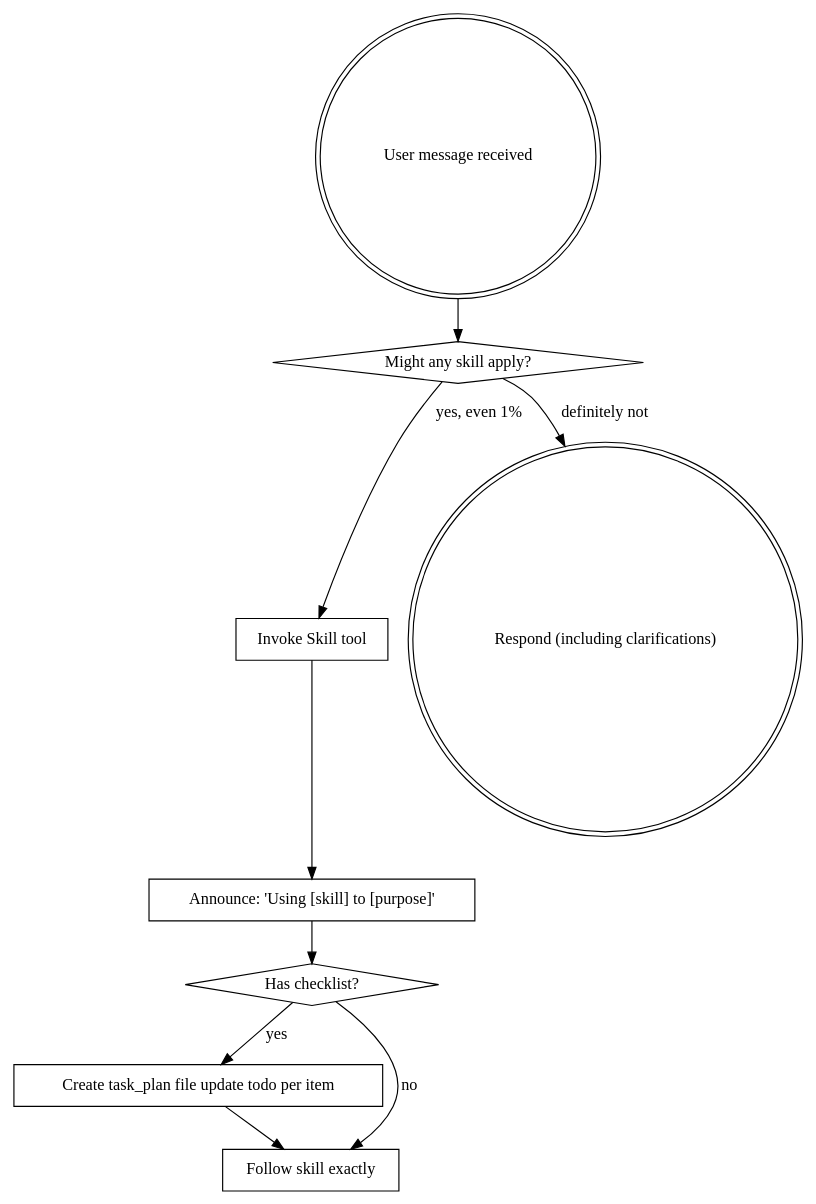
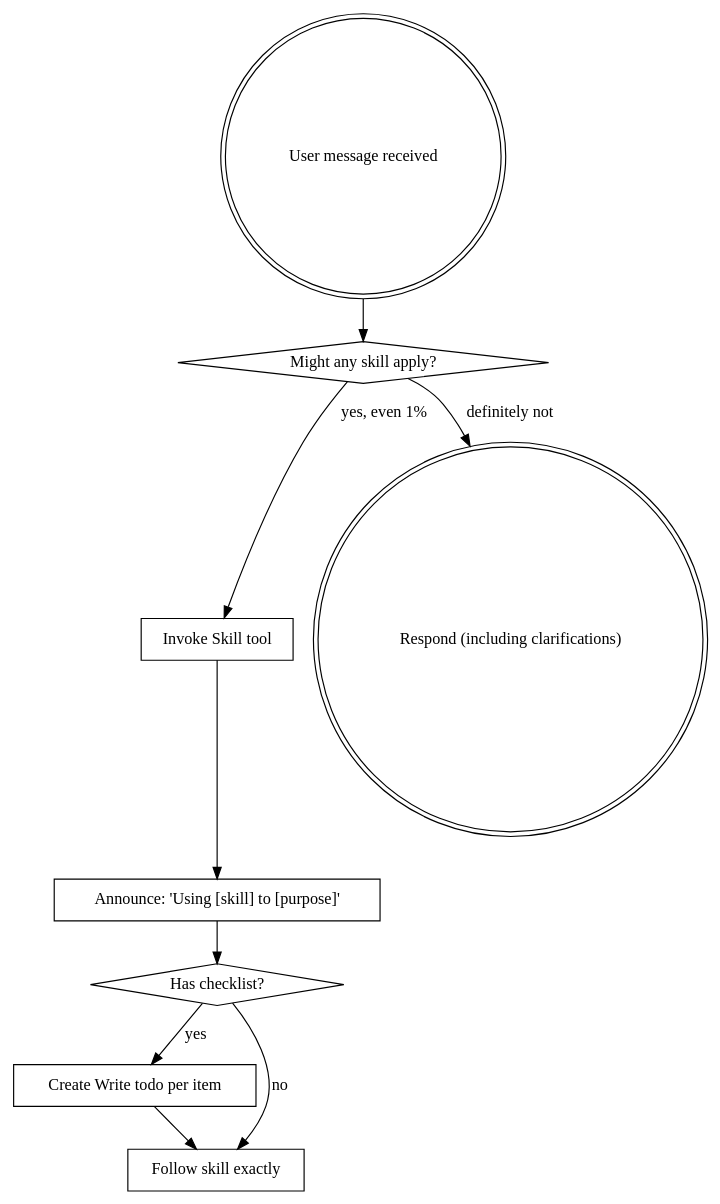
One commit to REVREBEL/skills-rebuild changed the diagram in task-folder/agents/skills/using-superpowers/SKILL.md. Above: the diagram before and after it, drawn with Graphviz. The commit also changed other lines of this file and 2694 other files, not shown here.

````diff
--- a/task-folder/agents/skills/using-superpowers/SKILL.md
+++ b/task-folder/agents/skills/using-superpowers/SKILL.md
@@ -29,21 +29,21 @@
 ```dot
 digraph skill_flow {
     "User message received" [shape=doublecircle];
     "Might any skill apply?" [shape=diamond];
     "Invoke Skill tool" [shape=box];
     "Announce: 'Using [skill] to [purpose]'" [shape=box];
     "Has checklist?" [shape=diamond];
-    "Create task_plan file update todo per item" [shape=box];
+    "Create Write todo per item" [shape=box];
     "Follow skill exactly" [shape=box];
     "Respond (including clarifications)" [shape=doublecircle];
 
     "User message received" -> "Might any skill apply?";
     "Might any skill apply?" -> "Invoke Skill tool" [label="yes, even 1%"];
     "Might any skill apply?" -> "Respond (including clarifications)" [label="definitely not"];
     "Invoke Skill tool" -> "Announce: 'Using [skill] to [purpose]'";
     "Announce: 'Using [skill] to [purpose]'" -> "Has checklist?";
-    "Has checklist?" -> "Create task_plan file update todo per item" [label="yes"];
+    "Has checklist?" -> "Create Write todo per item" [label="yes"];
     "Has checklist?" -> "Follow skill exactly" [label="no"];
-    "Create task_plan file update todo per item" -> "Follow skill exactly";
+    "Create Write todo per item" -> "Follow skill exactly";
 }
 ```
````
